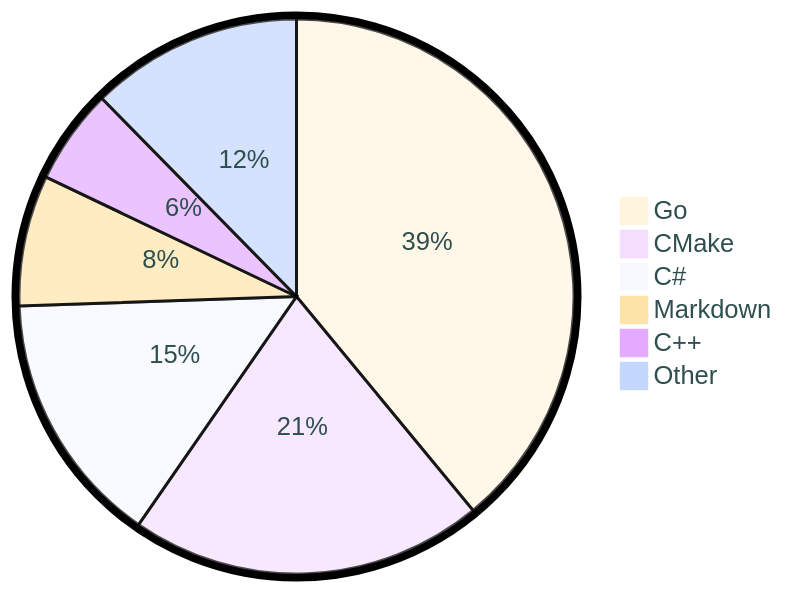
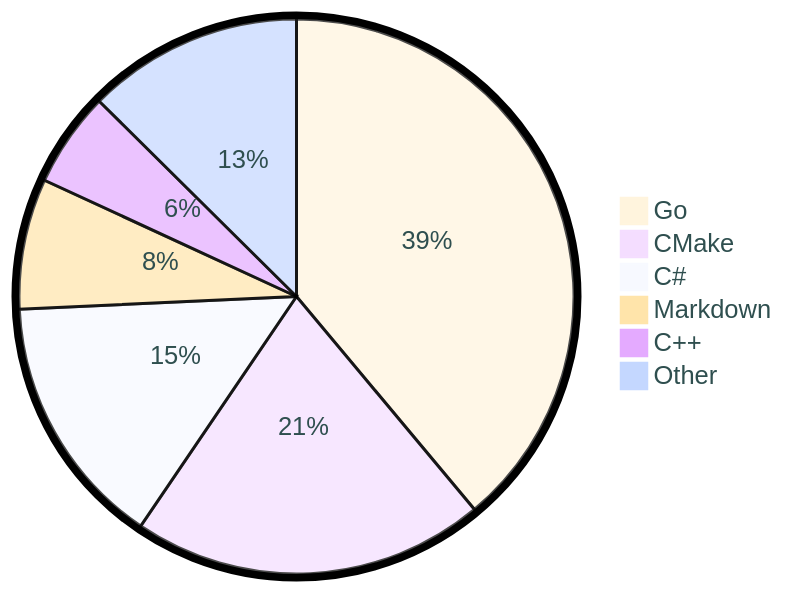
The diagram in README.md (tot0p/tot0p), drawn with Mermaid before and after one commit. The commit also changed other lines of this file, not shown here.

````diff
--- a/README.md
+++ b/README.md
@@ -84,10 +85,10 @@
 ```mermaid
 %%{init: {"pie": {"textPosition": 0.5}, "themeVariables": {"pieOuterStrokeWidth": "5px","primaryTextColor" : "#2F4F4F"},"theme":"base"} }%%
 pie
-	"Go": 39.02
-	"CMake": 20.62
-	"C#": 14.82
-	"Markdown": 7.63
-	"C++": 5.56
-	"Other": 12.360000000000001
+	"Go": 38.92
+	"CMake": 20.57
+	"C#": 14.78
+	"Markdown": 7.61
+	"C++": 5.54
+	"Other": 12.58
 ```
````
